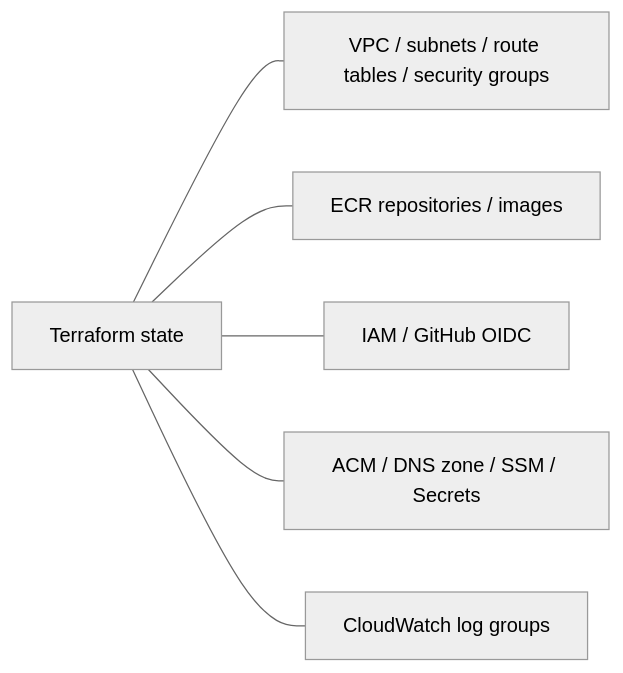
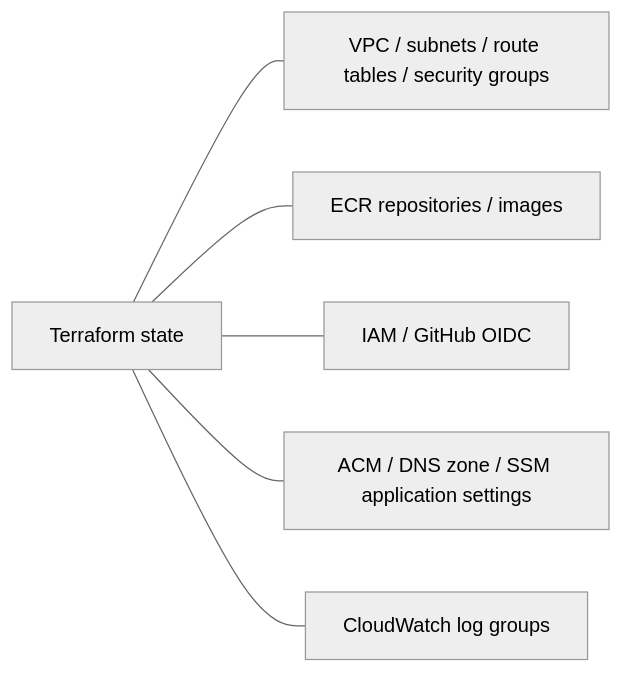
Before and after one commit to hiroko-yamada-466997/instrument-practice-app: the second of 2 diagrams in docs/architecture/aws-deployment.md, drawn with Mermaid (neutral theme). The commit also changed other lines of this file, not shown here.

````diff
--- a/docs/architecture/aws-deployment.md
+++ b/docs/architecture/aws-deployment.md
@@ -69,8 +69,8 @@
 ```mermaid
 flowchart LR
     state[Terraform state] --- network[VPC / subnets / route tables / security groups]
     state --- ecr[ECR repositories / images]
     state --- iam[IAM / GitHub OIDC]
-    state --- config[ACM / DNS zone / SSM / Secrets]
+    state --- config[ACM / DNS zone / SSM application settings]
     state --- logs[CloudWatch log groups]
 ```
````
